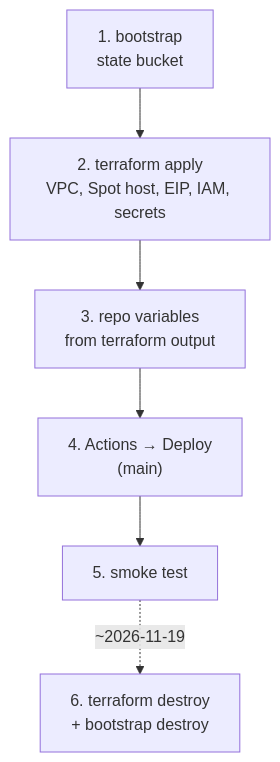
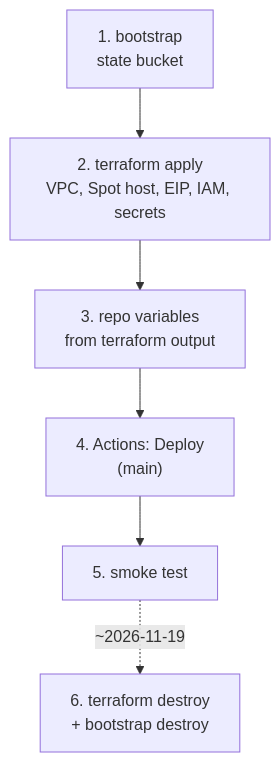
The first of 2 diagrams in infra/README.md (AY2627S1-CS3219-P23/foc), drawn with Mermaid before and after one commit. The commit also changed other lines of this file and 30 other files, not shown here.

````diff
--- a/infra/README.md
+++ b/infra/README.md
@@ -14,8 +18,8 @@
 ```mermaid
 flowchart TD
   b["1. bootstrap<br/>state bucket"] --> a["2. terraform apply<br/>VPC, Spot host, EIP, IAM, secrets"]
   a --> v["3. repo variables<br/>from terraform output"]
-  v --> d["4. Actions → Deploy<br/>(main)"]
+  v --> d["4. Actions: Deploy<br/>(main)"]
   d --> s["5. smoke test"]
   s -.->|"~2026-11-19"| x["6. terraform destroy<br/>+ bootstrap destroy"]
 ```
````
